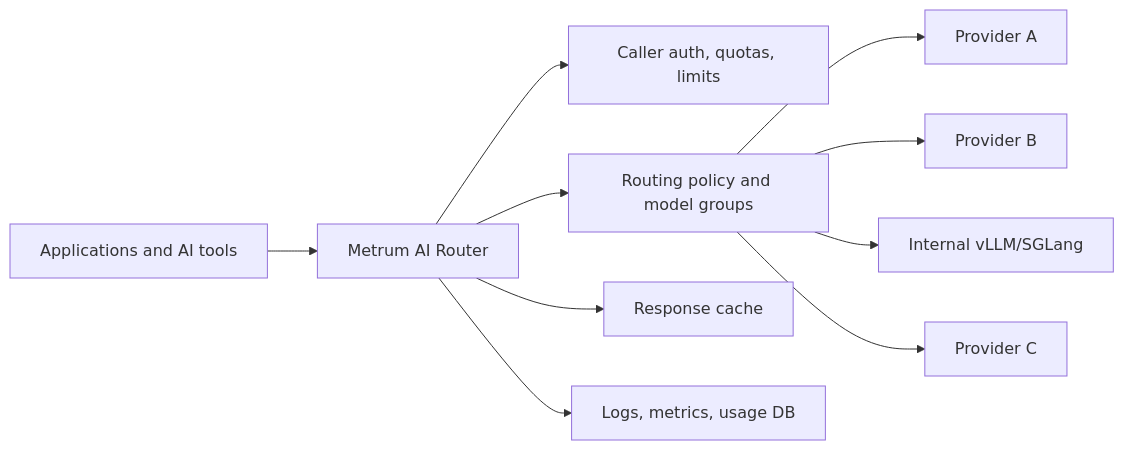
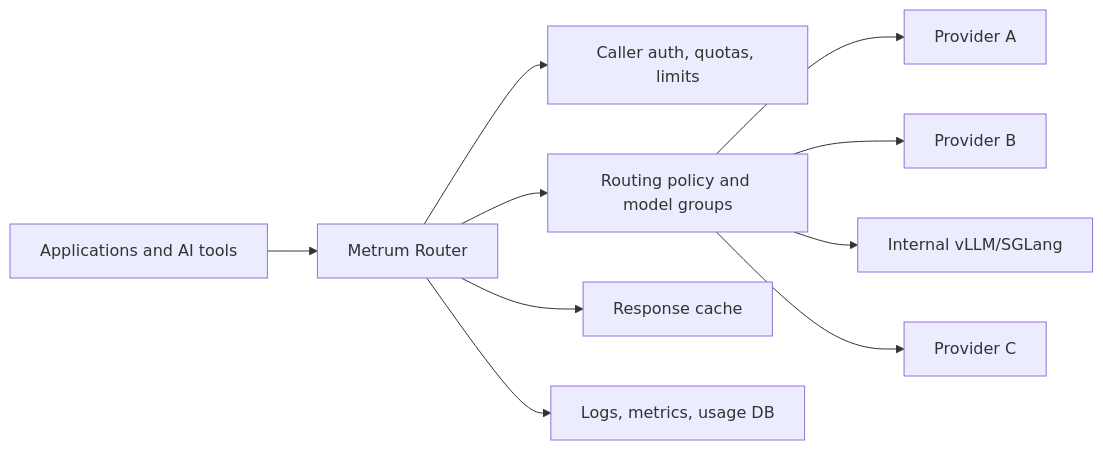
The first of 7 diagrams in docs/solution-brief.md (Metrum-AI-Products/genai-smart-router), drawn with Mermaid before and after one commit. The commit also changed other lines of this file and 110 other files, not shown here.

First line of the commit message:
Close OSS Launch A readiness for Metrum Router.

````diff
--- a/docs/solution-brief.md
+++ b/docs/solution-brief.md
@@ -15,12 +15,12 @@
 ```mermaid
 flowchart LR
-  App[Applications and AI tools] --> Router[Metrum AI Router]
+  App[Applications and AI tools] --> Router[Metrum Router]
   Router --> Auth[Caller auth, quotas, limits]
   Router --> Policy[Routing policy and model groups]
   Router --> Cache[Response cache]
   Router --> Obs[Logs, metrics, usage DB]
   Policy --> P1[Provider A]
   Policy --> P2[Provider B]
   Policy --> P3[Internal vLLM/SGLang]
   Policy --> P4[Provider C]
 ```
````
